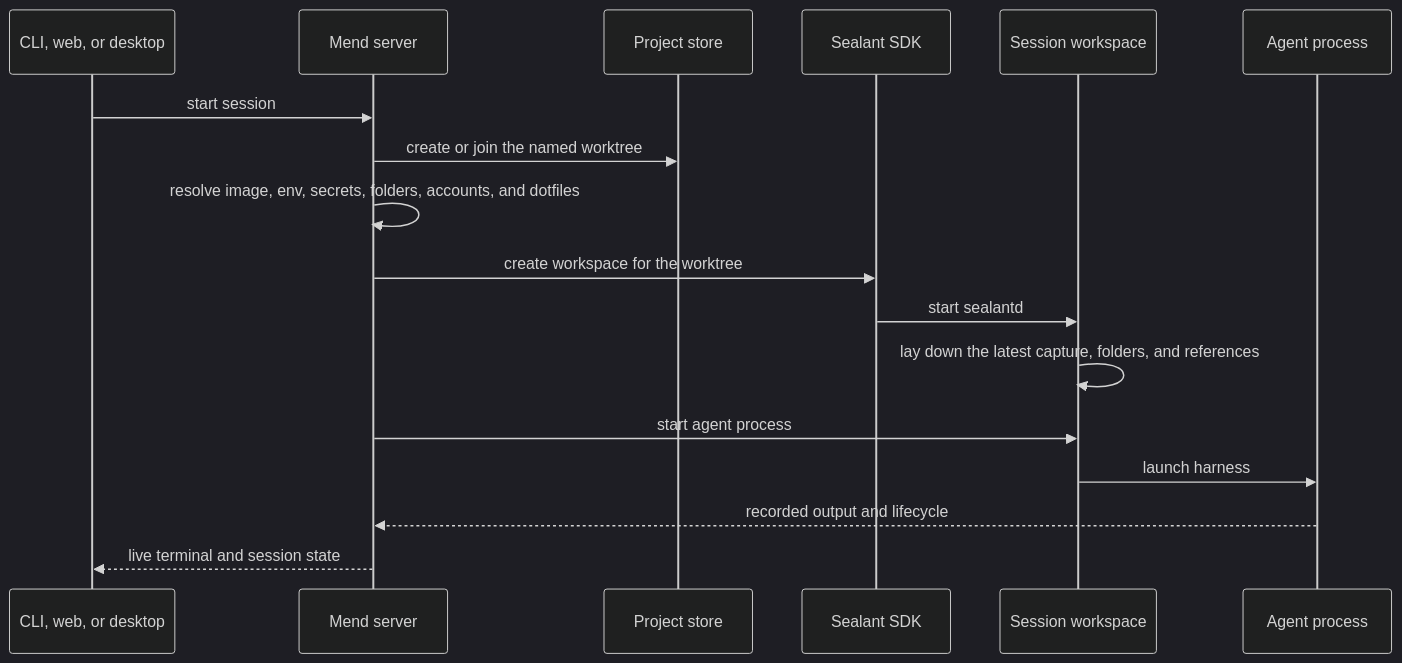
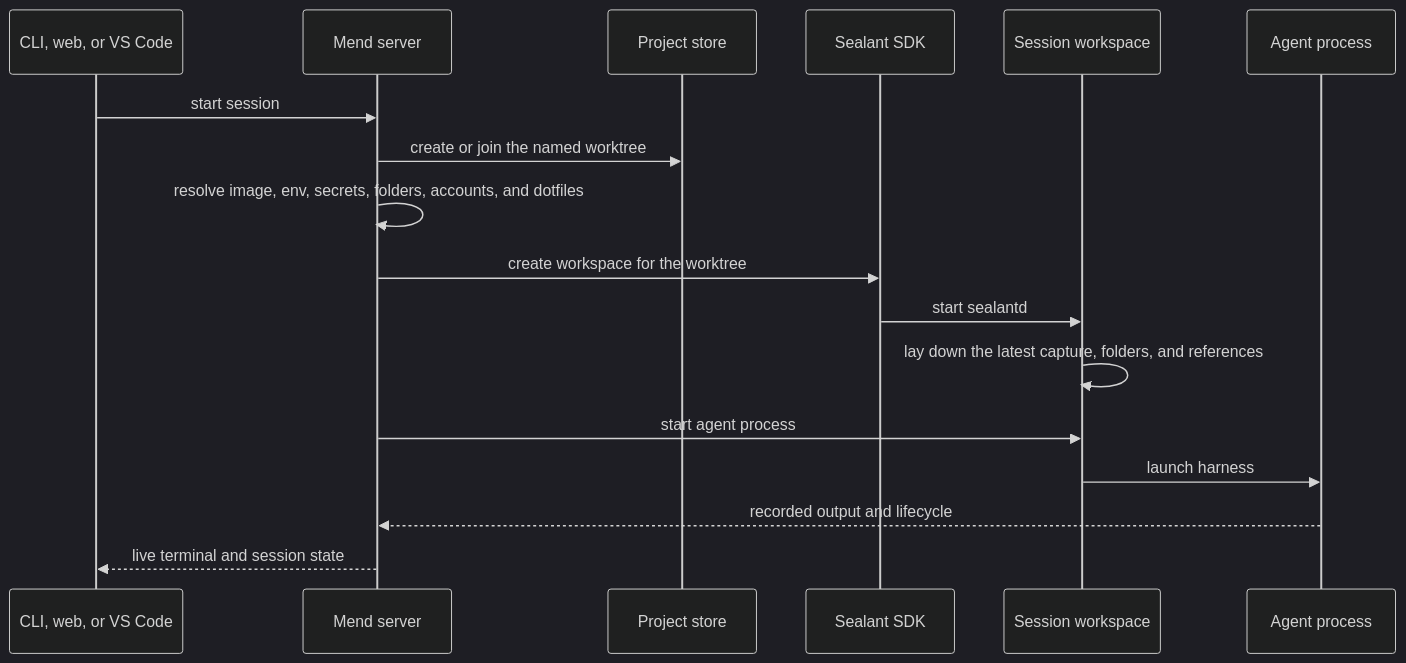
Before and after one commit to sealant-sh/mend: the second of 3 diagrams in apps/docs/src/content/docs/concepts/how-mend-works.md, drawn with Mermaid (dark theme). The commit also changed other lines of this file and 45 other files, not shown here.

````diff
--- a/apps/docs/src/content/docs/concepts/how-mend-works.md
+++ b/apps/docs/src/content/docs/concepts/how-mend-works.md
@@ -87,20 +88,20 @@
 ```mermaid
 sequenceDiagram
-  participant You as CLI, web, or desktop
+  participant You as CLI, web, or VS Code
   participant Mend as Mend server
   participant Store as Project store
   participant Sealant as Sealant SDK
   participant WS as Session workspace
   participant Agent as Agent process
 
   You->>Mend: start session
   Mend->>Store: create or join the named worktree
   Mend->>Mend: resolve image, env, secrets, folders, accounts, and dotfiles
   Mend->>Sealant: create workspace for the worktree
   Sealant->>WS: start sealantd
   WS->>WS: lay down the latest capture, folders, and references
   Mend->>WS: start agent process
   WS->>Agent: launch harness
   Agent-->>Mend: recorded output and lifecycle
   Mend-->>You: live terminal and session state
 ```
````
